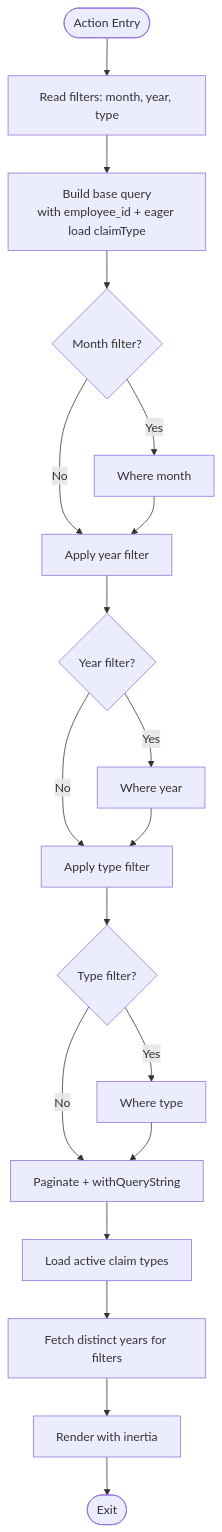
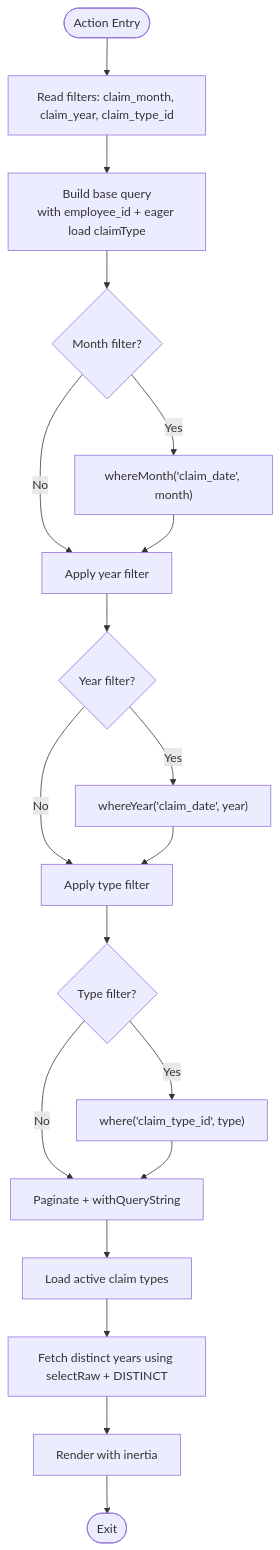
One commit to vincet0t15/template changed the third of 7 diagrams in .qoder/repowiki/en/content/Employee Management/Employee Claims Management.md. Above: the diagram before and after it, drawn with Mermaid. The commit also changed other lines of this file and 12 other files, not shown here.

````diff
--- a/.qoder/repowiki/en/content/Employee Management/Employee Claims Management.md
+++ b/.qoder/repowiki/en/content/Employee Management/Employee Claims Management.md
@@ -171,21 +193,21 @@
 ```mermaid
 flowchart TD
-Start([Action Entry]) --> ReadFilters["Read filters: month, year, type"]
+Start([Action Entry]) --> ReadFilters["Read filters: claim_month, claim_year, claim_type_id"]
 ReadFilters --> BuildQuery["Build base query<br/>with employee_id + eager load claimType"]
 BuildQuery --> ApplyMonth{"Month filter?"}
-ApplyMonth --> |Yes| Month["Where month"]
+ApplyMonth --> |Yes| Month["whereMonth('claim_date', month)"]
 ApplyMonth --> |No| NextYear
 Month --> NextYear["Apply year filter"]
 NextYear --> YearCheck{"Year filter?"}
-YearCheck --> |Yes| Year["Where year"]
+YearCheck --> |Yes| Year["whereYear('claim_date', year)"]
 YearCheck --> |No| NextType
 Year --> NextType["Apply type filter"]
 NextType --> TypeCheck{"Type filter?"}
-TypeCheck --> |Yes| Type["Where type"]
+TypeCheck --> |Yes| Type["where('claim_type_id', type)"]
 TypeCheck --> |No| Paginate
 Type --> Paginate["Paginate + withQueryString"]
 Paginate --> LoadTypes["Load active claim types"]
-LoadTypes --> LoadYears["Fetch distinct years for filters"]
+LoadTypes --> LoadYears["Fetch distinct years using selectRaw + DISTINCT"]
 LoadYears --> Render["Render with inertia"]
 Render --> End([Exit])
 ```
````
